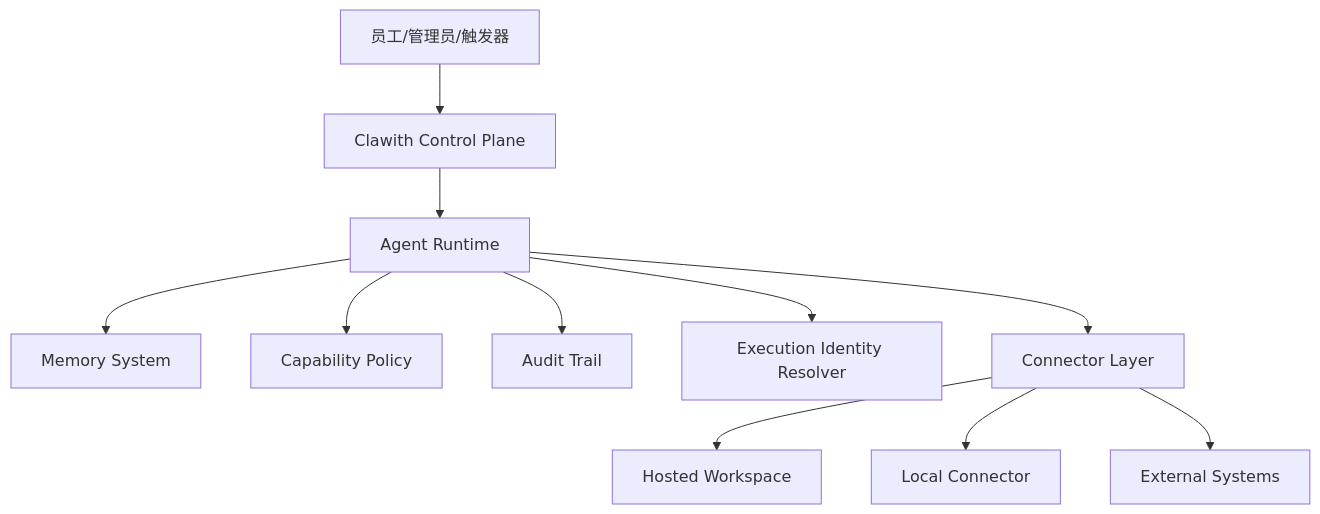
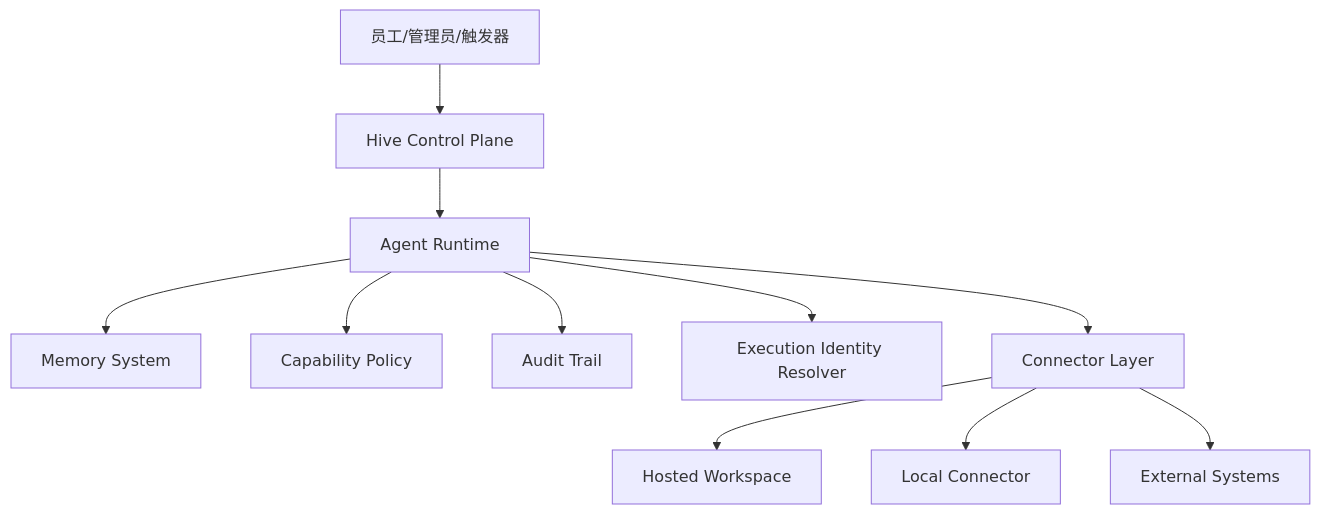
One commit to rocky2431/hive-agents changed the diagram in AGENT_NATIVE_EXECUTION_PERMISSION_PROPOSAL.md. Above: the diagram before and after it, drawn with Mermaid. The commit also changed other lines of this file and 41 other files, not shown here.

First line of the commit message:
🔄 refactor: complete Clawith → Hive rebrand across entire codebase

````diff
--- a/AGENT_NATIVE_EXECUTION_PERMISSION_PROPOSAL.md
+++ b/AGENT_NATIVE_EXECUTION_PERMISSION_PROPOSAL.md
@@ -123,13 +123,13 @@
 ```mermaid
 flowchart TD
-    U[员工/管理员/触发器] --> CP[Clawith Control Plane]
+    U[员工/管理员/触发器] --> CP[Hive Control Plane]
     CP --> RT[Agent Runtime]
     RT --> MEM[Memory System]
     RT --> CAP[Capability Policy]
     RT --> AUDIT[Audit Trail]
     RT --> ID[Execution Identity Resolver]
     RT --> CONN[Connector Layer]
     CONN --> HW[Hosted Workspace]
     CONN --> LW[Local Connector]
     CONN --> EXT[External Systems]
 ```
````
